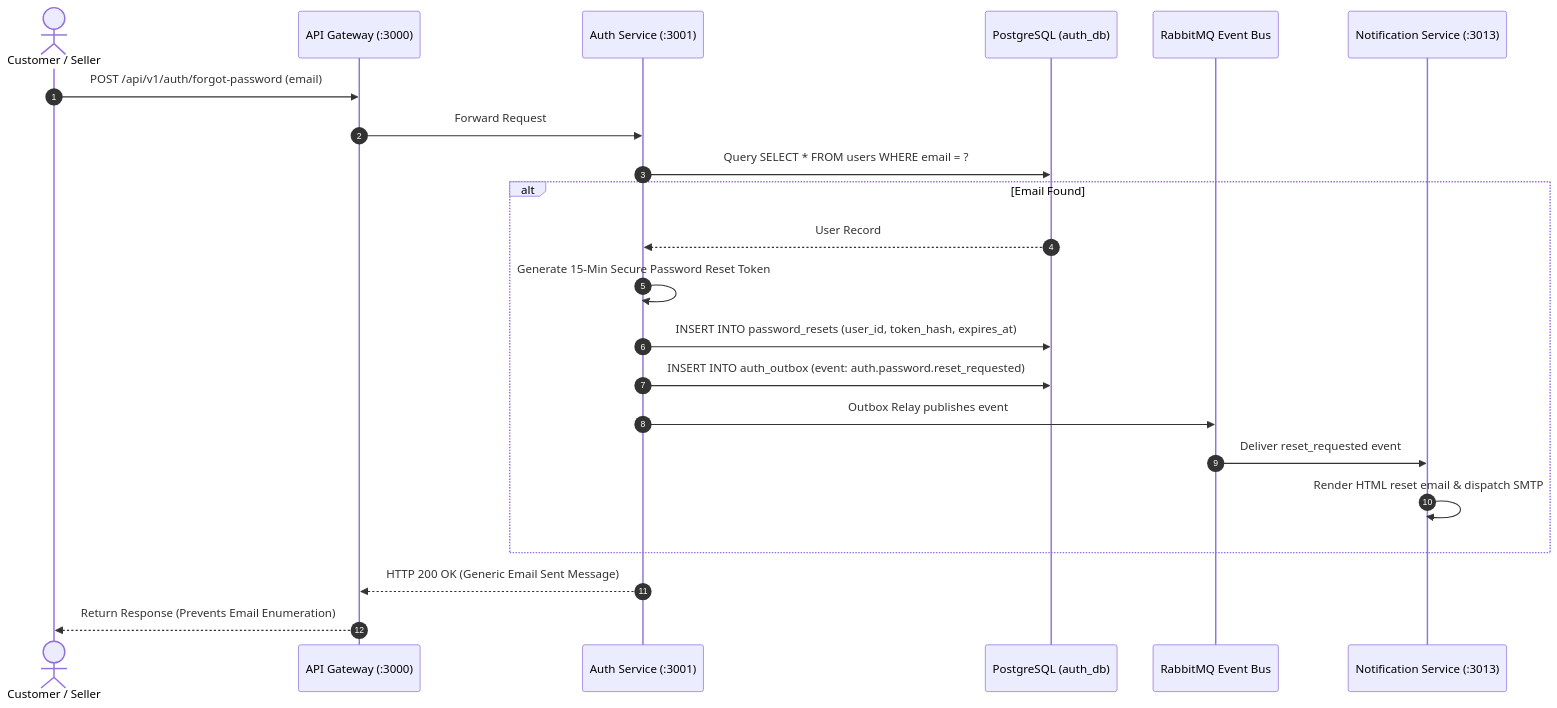
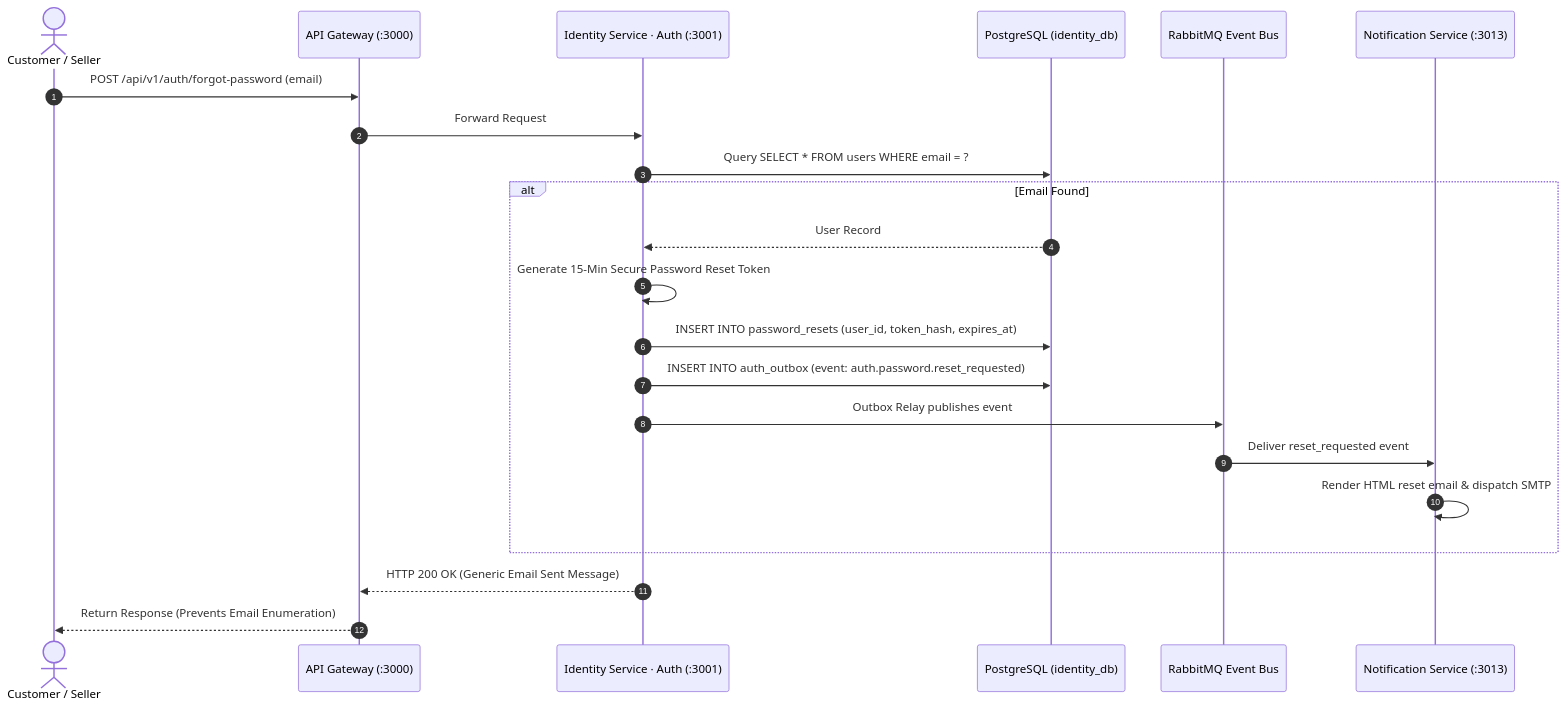
One commit to nilernous/omni-ecommerce-platform changed the diagram in .agent/workflows/auth/forgot-password.md. Above: the diagram before and after it, drawn with Mermaid. The commit also changed other lines of this file and 54 other files, not shown here.

First line of the commit message:
docs: update architecture docs for the 12-service layout

````diff
--- a/.agent/workflows/auth/forgot-password.md
+++ b/.agent/workflows/auth/forgot-password.md
@@ -207,25 +207,25 @@
 ```mermaid
 sequenceDiagram
   autonumber
   actor Client as Customer / Seller
   participant Gateway as API Gateway (:3000)
-  participant Auth as Auth Service (:3001)
-  participant DB as PostgreSQL (auth_db)
+  participant Auth as Identity Service · Auth (:3001)
+  participant DB as PostgreSQL (identity_db)
   participant Broker as RabbitMQ Event Bus
   participant Notif as Notification Service (:3013)
 
   Client->>Gateway: POST /api/v1/auth/forgot-password (email)
   Gateway->>Auth: Forward Request
   Auth->>DB: Query SELECT * FROM users WHERE email = ?
   alt Email Found
     DB-->>Auth: User Record
     Auth->>Auth: Generate 15-Min Secure Password Reset Token
     Auth->>DB: INSERT INTO password_resets (user_id, token_hash, expires_at)
     Auth->>DB: INSERT INTO auth_outbox (event: auth.password.reset_requested)
     Auth->>Broker: Outbox Relay publishes event
     Broker->>Notif: Deliver reset_requested event
     Notif->>Notif: Render HTML reset email & dispatch SMTP
   end
   Auth-->>Gateway: HTTP 200 OK (Generic Email Sent Message)
   Gateway-->>Client: Return Response (Prevents Email Enumeration)
 ```
````
